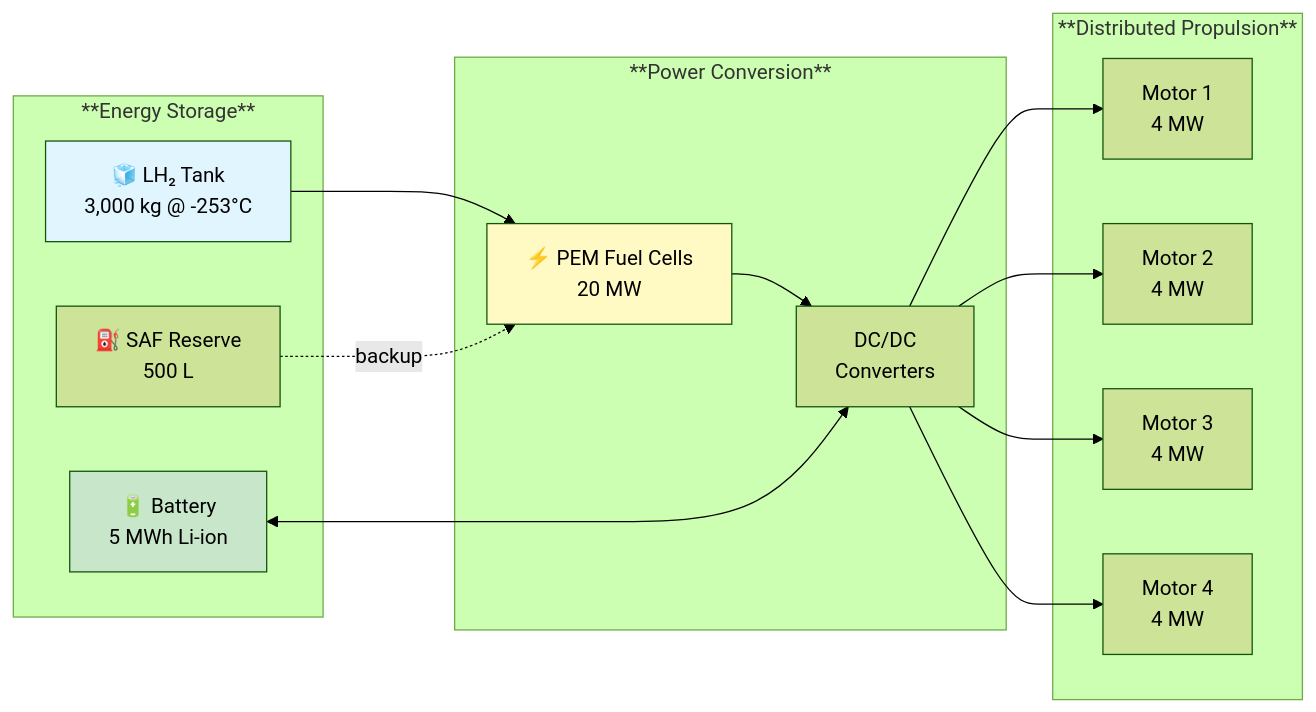
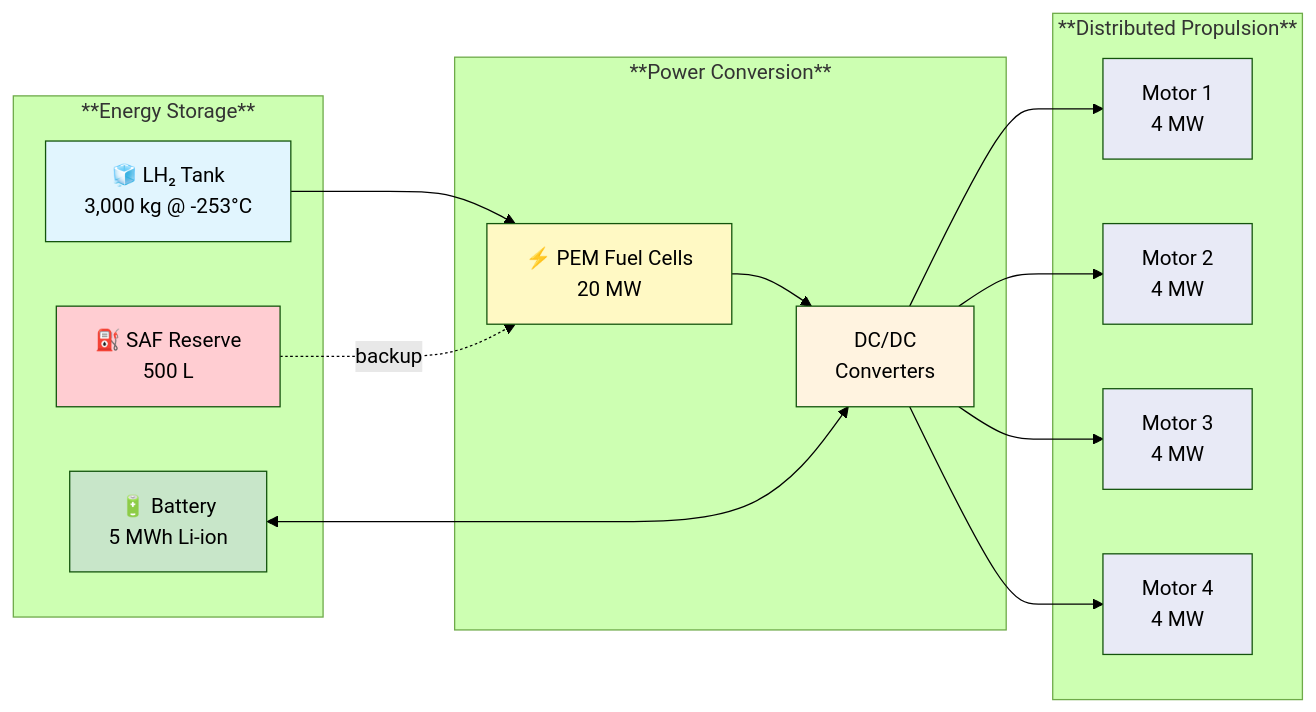
One commit to AmedeoPelliccia/AMPEL360-BWB-H2-Hy-E changed the first of 6 diagrams in README.md. Above: the diagram before and after it, drawn with Mermaid (forest theme). The commit also changed other lines of this file, not shown here.

`````diff
--- a/README.md
+++ b/README.md
@@ -42,30 +42,36 @@
 ```mermaid
 flowchart LR
     subgraph Storage["**Energy Storage**"]
         LH2["🧊 LH₂ Tank<br/>3,000 kg @ -253°C"]
         BAT["🔋 Battery<br/>5 MWh Li-ion"]
         SAF["⛽ SAF Reserve<br/>500 L"]
     end
 
     subgraph Conversion["**Power Conversion**"]
         FC["⚡ PEM Fuel Cells<br/>20 MW"]
         DC["DC/DC<br/>Converters"]
     end
 
     subgraph Propulsion["**Distributed Propulsion**"]
         M1["Motor 1<br/>4 MW"]
         M2["Motor 2<br/>4 MW"]
         M3["Motor 3<br/>4 MW"]
         M4["Motor 4<br/>4 MW"]
     end
 
     LH2 --> FC
     FC --> DC
     BAT <--> DC
     SAF -.->|backup| FC
     DC --> M1 & M2 & M3 & M4
 
-    style LH2 fill:#e1f5fe
-    style FC fill:#fff9c4
-    style BAT fill:#c8e6c9
+    style LH2 fill:#e1f5fe,color:#000
+    style FC fill:#fff9c4,color:#000
+    style BAT fill:#c8e6c9,color:#000
+    style SAF fill:#ffcdd2,color:#000
+    style DC fill:#fff3e0,color:#000
+    style M1 fill:#e8eaf6,color:#000
+    style M2 fill:#e8eaf6,color:#000
+    style M3 fill:#e8eaf6,color:#000
+    style M4 fill:#e8eaf6,color:#000
 ````
`````
